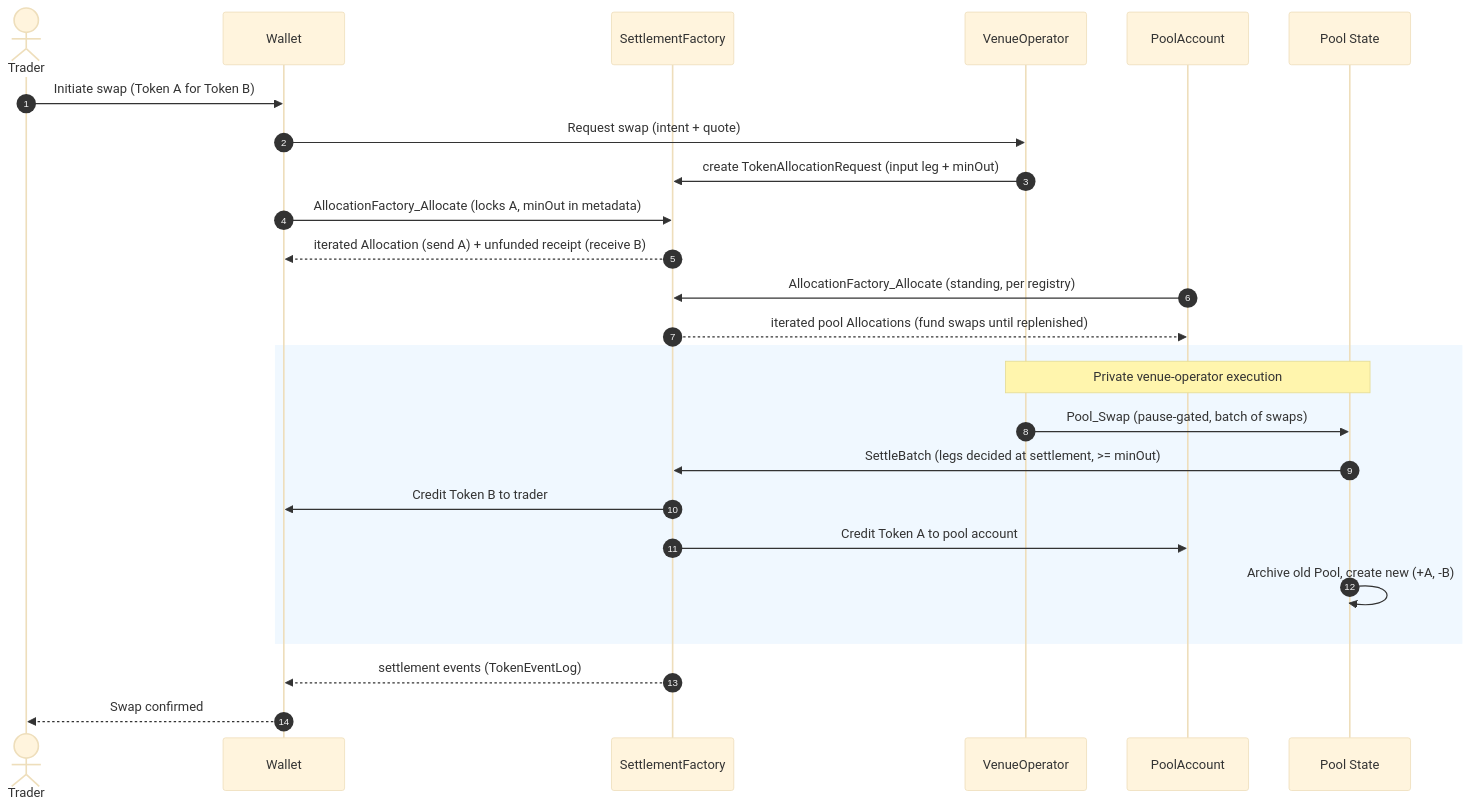
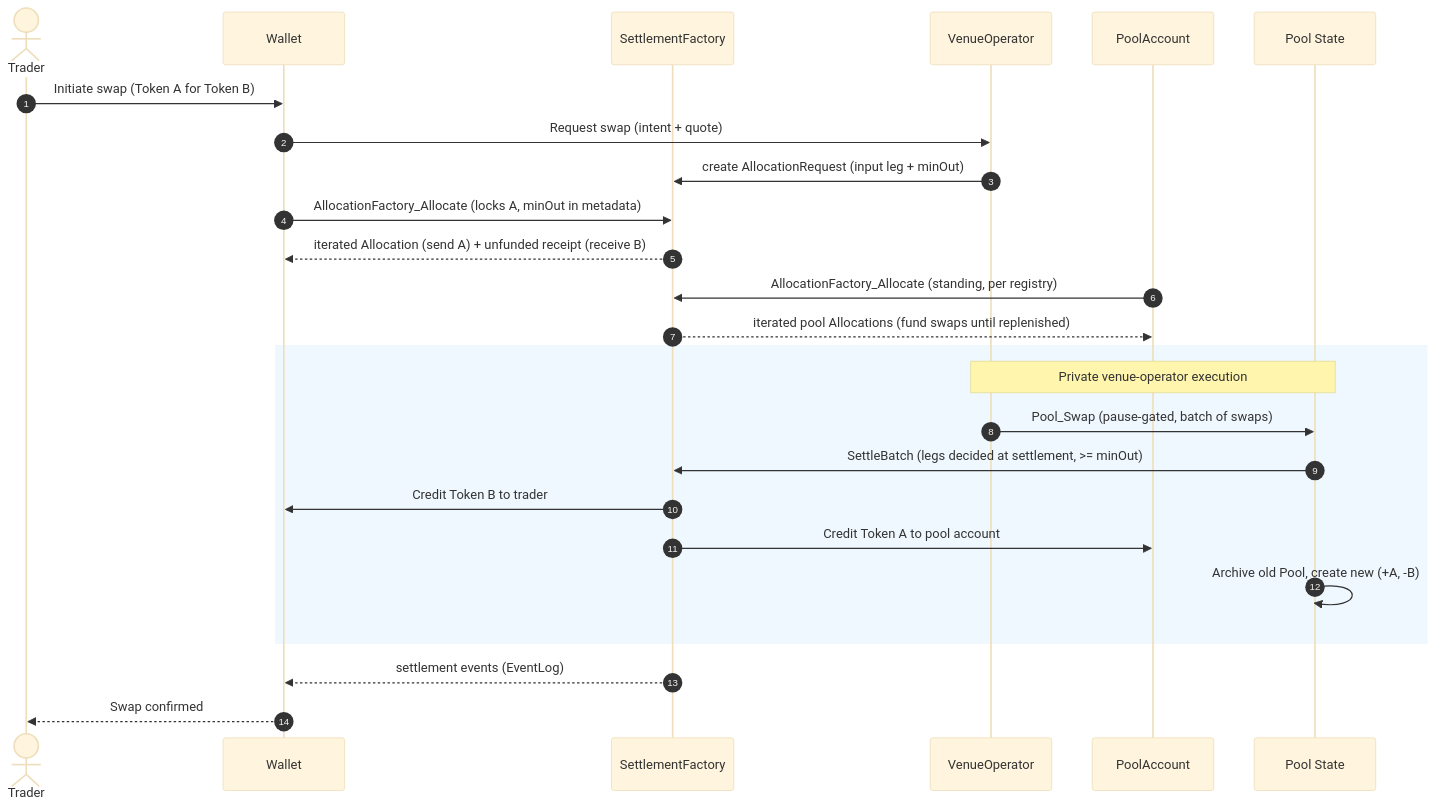
The fifth of 5 diagrams in docs/reference-architectures/dex.md (OpenZeppelin/canton-specs), drawn with Mermaid (base theme) before and after one commit. The commit also changed other lines of this file, not shown here.

````diff
--- a/docs/reference-architectures/dex.md
+++ b/docs/reference-architectures/dex.md
@@ -432,30 +417,30 @@
 ```mermaid
 sequenceDiagram
     autonumber
     actor Trader
     participant Wallet
     participant SettleFactory as SettlementFactory
     participant VenueOperator
     participant PoolAccount
     participant PoolContract as Pool State
 
     Trader->>Wallet: Initiate swap (Token A for Token B)
     Wallet->>VenueOperator: Request swap (intent + quote)
-    VenueOperator->>SettleFactory: create TokenAllocationRequest (input leg + minOut)
+    VenueOperator->>SettleFactory: create AllocationRequest (input leg + minOut)
     Wallet->>SettleFactory: AllocationFactory_Allocate (locks A, minOut in metadata)
     SettleFactory-->>Wallet: iterated Allocation (send A) + unfunded receipt (receive B)
     PoolAccount->>SettleFactory: AllocationFactory_Allocate (standing, per registry)
     SettleFactory-->>PoolAccount: iterated pool Allocations (fund swaps until replenished)
 
     rect rgb(240, 248, 255)
     Note over VenueOperator, PoolContract: Private venue-operator execution
     VenueOperator->>PoolContract: Pool_Swap (pause-gated, batch of swaps)
     PoolContract->>SettleFactory: SettleBatch (legs decided at settlement, >= minOut)
     SettleFactory->>Wallet: Credit Token B to trader
     SettleFactory->>PoolAccount: Credit Token A to pool account
     PoolContract->>PoolContract: Archive old Pool, create new (+A, -B)
     end
 
-    SettleFactory-->>Wallet: settlement events (TokenEventLog)
+    SettleFactory-->>Wallet: settlement events (EventLog)
     Wallet-->>Trader: Swap confirmed
 ```
````
